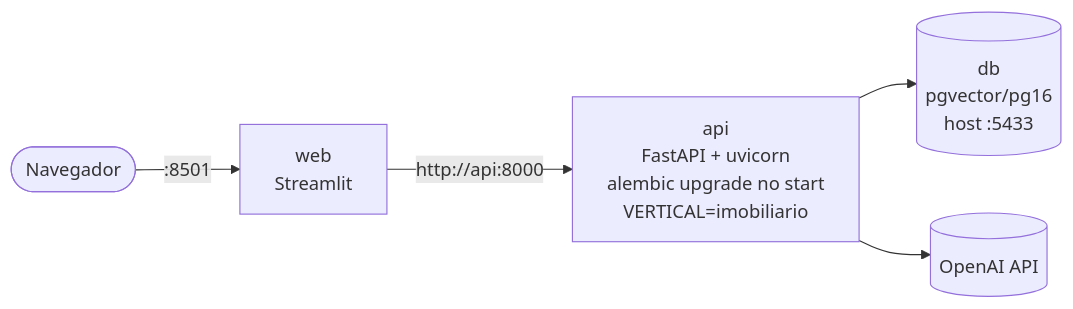
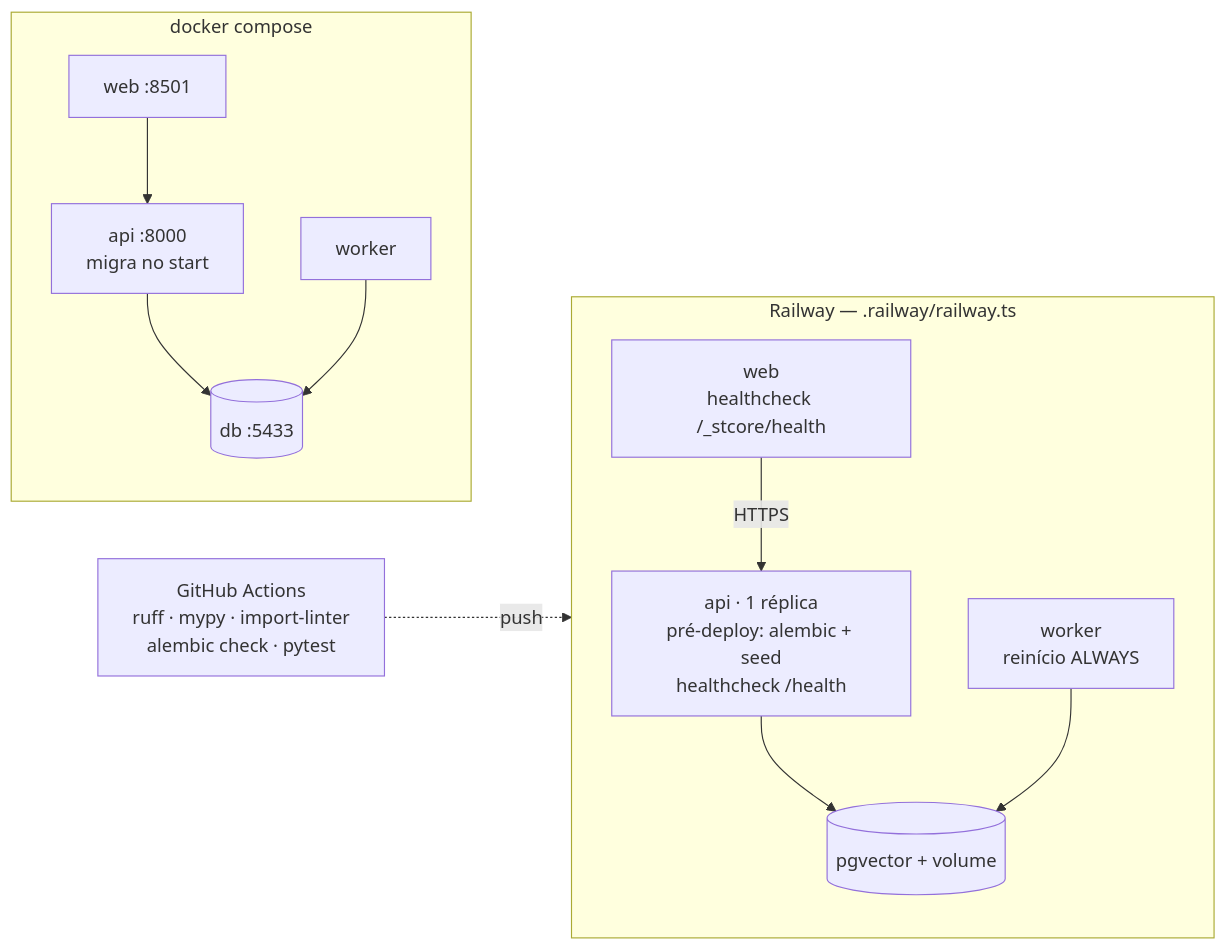
One commit to amaranini/tech-challenge-fase-5 changed diagram 13 of 13 in docs/arquitetura.md. Above: the diagram before and after it, drawn with Mermaid. The commit also changed other lines of this file and 22 other files, not shown here.

````diff
--- a/docs/arquitetura.md
+++ b/docs/arquitetura.md
@@ -462,7 +399,13 @@
 ```mermaid
 flowchart LR
-    browser([Navegador]) -- :8501 --> web[web<br/>Streamlit]
-    web -- http://api:8000 --> api[api<br/>FastAPI + uvicorn<br/>alembic upgrade no start<br/>VERTICAL=imobiliario]
-    api --> db[(db<br/>pgvector/pg16<br/>host :5433)]
-    api --> oai[(OpenAI API)]
+    subgraph local[docker compose]
+        lw[web :8501] --> la[api :8000<br/>migra no start] --> ldb[(db :5433)]
+        lwk[worker] --> ldb
+    end
+    subgraph nuvem[Railway — .railway/railway.ts]
+        rw[web<br/>healthcheck /_stcore/health] -- HTTPS --> ra[api · 1 réplica<br/>pré-deploy: alembic + seed<br/>healthcheck /health]
+        ra --> rdb[(pgvector + volume)]
+        rwk[worker<br/>reinício ALWAYS] --> rdb
+    end
+    ci[GitHub Actions<br/>ruff · mypy · import-linter<br/>alembic check · pytest] -. push .-> nuvem
 ```
````
